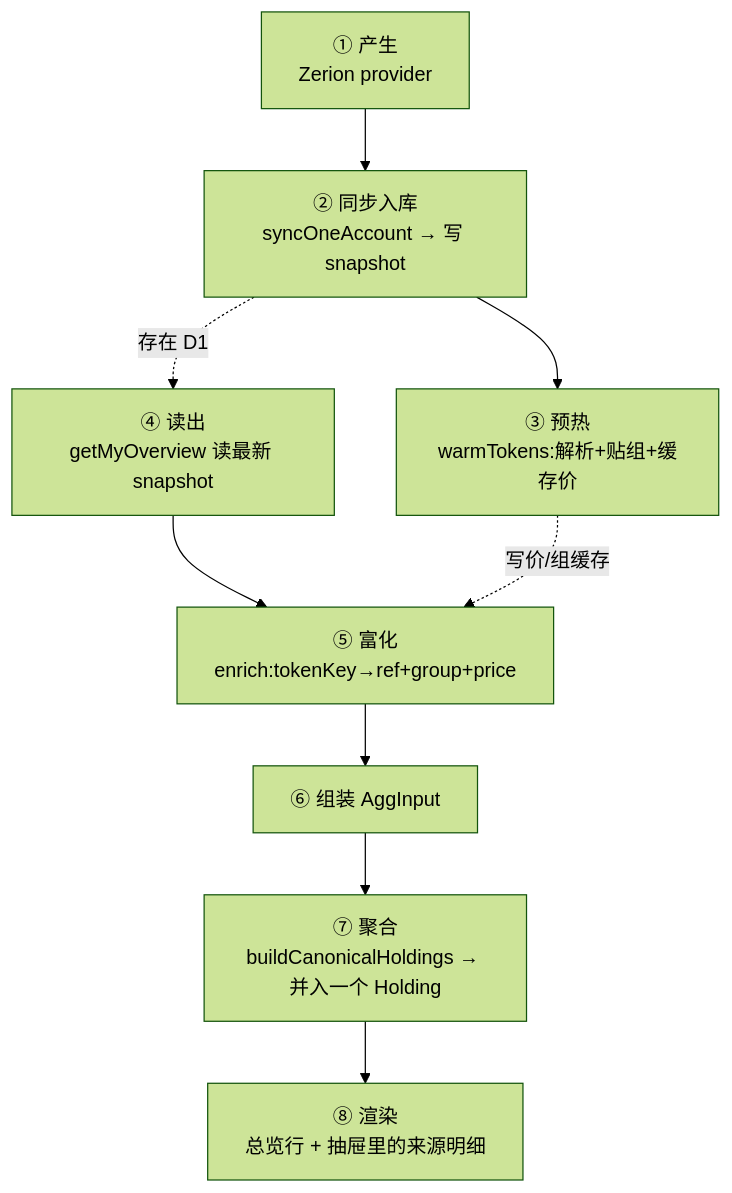
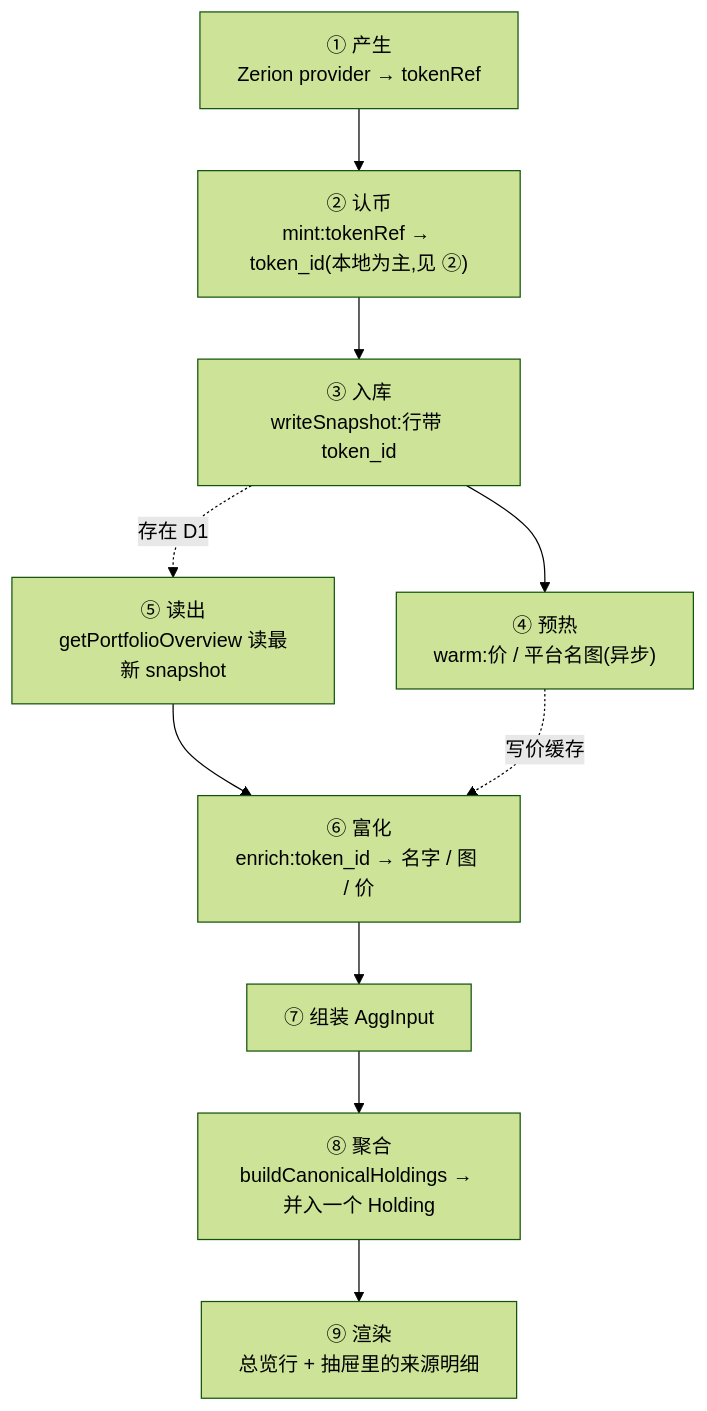
The diagram in docs/architecture/02-canonical-aggregation.md (x0finch/folio2), drawn with Mermaid (forest theme) before and after one commit. The commit also changed other lines of this file and 3 other files, not shown here.

First line of the commit message:
docs(architecture): rewrite data-flow and aggregation for write-time identity (#205, partial) (#214)

````diff
--- a/docs/architecture/02-canonical-aggregation.md
+++ b/docs/architecture/02-canonical-aggregation.md
@@ -6,11 +7,12 @@
 ```mermaid
 flowchart TD
-    P["① 产生<br/>Zerion provider"] --> S["② 同步入库<br/>syncOneAccount → 写 snapshot"]
-    S --> W["③ 预热<br/>warmTokens:解析+贴组+缓存价"]
-    R["④ 读出<br/>getMyOverview 读最新 snapshot"] --> E["⑤ 富化<br/>enrich:tokenKey→ref+group+price"]
-    E --> AG["⑥ 组装 AggInput"]
-    AG --> M["⑦ 聚合<br/>buildCanonicalHoldings → 并入一个 Holding"]
-    M --> RD["⑧ 渲染<br/>总览行 + 抽屉里的来源明细"]
+    P["① 产生<br/>Zerion provider → tokenRef"] --> M["② 认币<br/>mint:tokenRef → token_id(本地为主,见 ②)"]
+    M --> S["③ 入库<br/>writeSnapshot:行带 token_id"]
+    S --> W["④ 预热<br/>warm:价 / 平台名图(异步)"]
+    R["⑤ 读出<br/>getPortfolioOverview 读最新 snapshot"] --> E["⑥ 富化<br/>enrich:token_id → 名字 / 图 / 价"]
+    E --> AG["⑦ 组装 AggInput"]
+    AG --> AGG["⑧ 聚合<br/>buildCanonicalHoldings → 并入一个 Holding"]
+    AGG --> RD["⑨ 渲染<br/>总览行 + 抽屉里的来源明细"]
     S -.存在 D1.-> R
-    W -.写价/组缓存.-> E
+    W -.写价缓存.-> E
 ```
````
